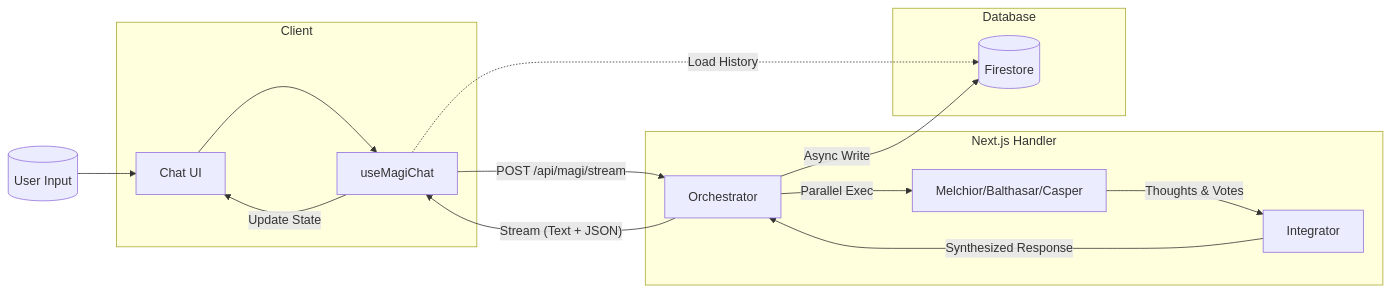
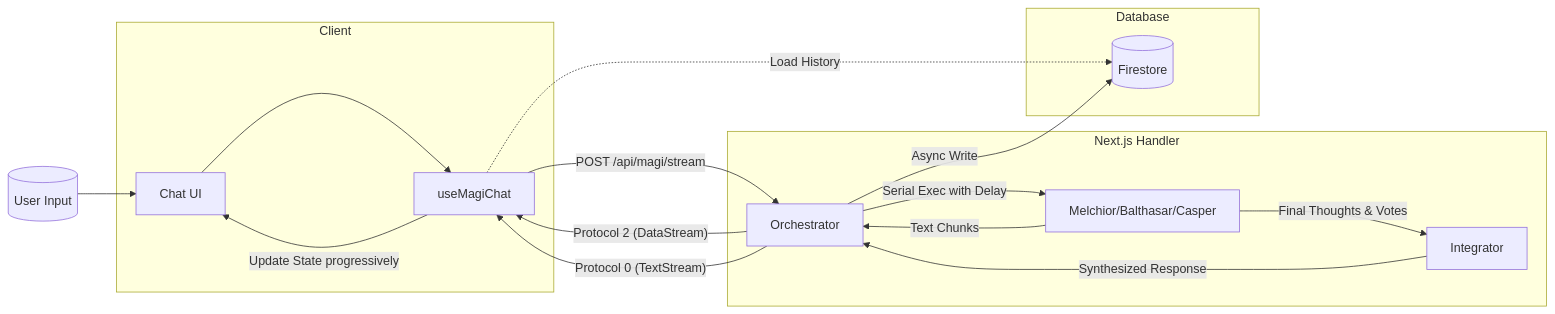
Before and after one commit to Kujo-n/maji-res: the fourth of 5 diagrams in docs/design/architecture.md, drawn with Mermaid. The commit also changed other lines of this file and 1 other file, not shown here.

Commit message:
docs: update architecture and specifications for agent streaming

````diff
--- a/docs/design/architecture.md
+++ b/docs/design/architecture.md
@@ -101,33 +110,35 @@
 ```mermaid
 flowchart LR
     User[("User Input")]
     
     subgraph Client
         UI[Chat UI]
         Hook[useMagiChat]
     end
     
     subgraph Server["Next.js Handler"]
         Orch[Orchestrator]
         Agents[Melchior/Balthasar/Casper]
         Integ[Integrator]
     end
     
     subgraph Database
         DB[(Firestore)]
     end
     
     User --> UI
     UI --> Hook
     Hook -- "POST /api/magi/stream" --> Orch
     
-    Orch -- "Parallel Exec" --> Agents
-    Agents -- "Thoughts & Votes" --> Integ
+    Orch -- "Serial Exec with Delay" --> Agents
+    Agents -- "Text Chunks" --> Orch
+    Orch -- "Protocol 2 (DataStream)" --> Hook
+    Agents -- "Final Thoughts & Votes" --> Integ
     Integ -- "Synthesized Response" --> Orch
     
-    Orch -- "Stream (Text + JSON)" --> Hook
-    Hook -- "Update State" --> UI
+    Orch -- "Protocol 0 (TextStream)" --> Hook
+    Hook -- "Update State progressively" --> UI
     
     Orch -- "Async Write" --> DB
     Hook -.-> |"Load History"| DB
 ```
````
